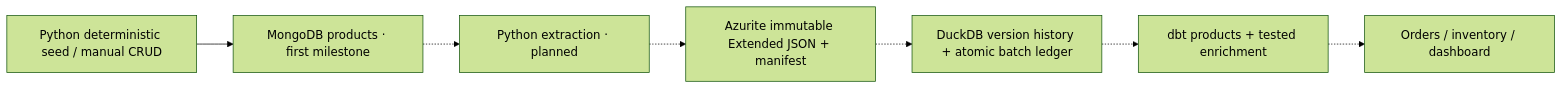
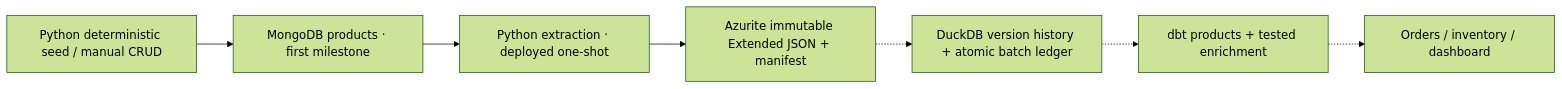
One commit to ungvari-tomi/tomi-platform changed the diagram in docs/mongodb-catalog.md. Above: the diagram before and after it, drawn with Mermaid (forest theme). The commit also changed other lines of this file and 18 other files, not shown here.

Commit message:
Add verified MongoDB catalog extraction to Azurite

````diff
--- a/docs/mongodb-catalog.md
+++ b/docs/mongodb-catalog.md
@@ -88,9 +88,9 @@
 ```mermaid
 flowchart LR
     Seed["Python deterministic seed / manual CRUD"] --> Mongo["MongoDB products · first milestone"]
-    Mongo -.-> Extract["Python extraction · planned"]
-    Extract -.-> Blob["Azurite immutable Extended JSON + manifest"]
+    Mongo --> Extract["Python extraction · deployed one-shot"]
+    Extract --> Blob["Azurite immutable Extended JSON + manifest"]
     Blob -.-> Warehouse["DuckDB version history + atomic batch ledger"]
     Warehouse -.-> Models["dbt products + tested enrichment"]
     Models -.-> Analytics["Orders / inventory / dashboard"]
 ```
````
